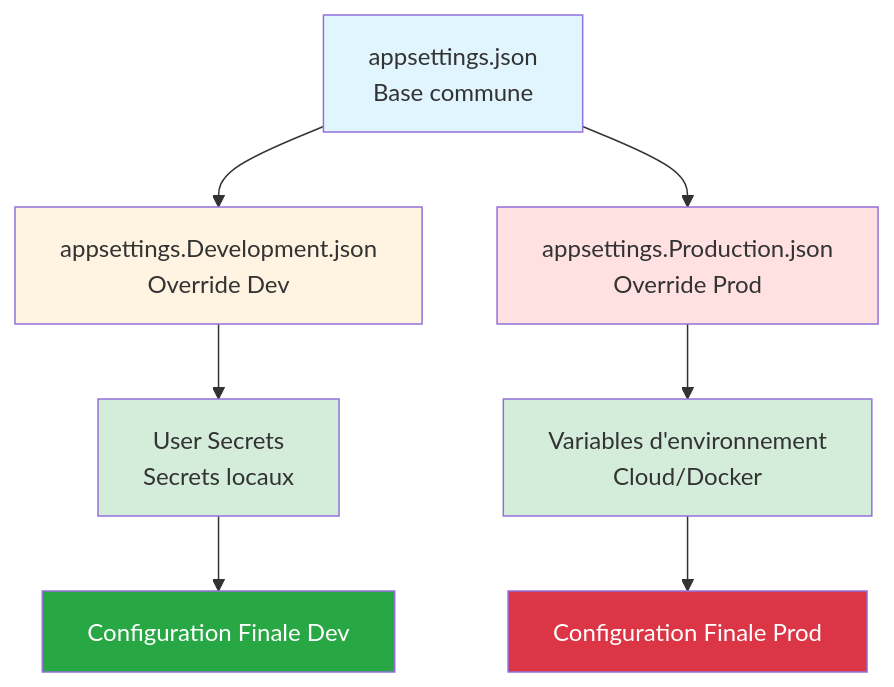
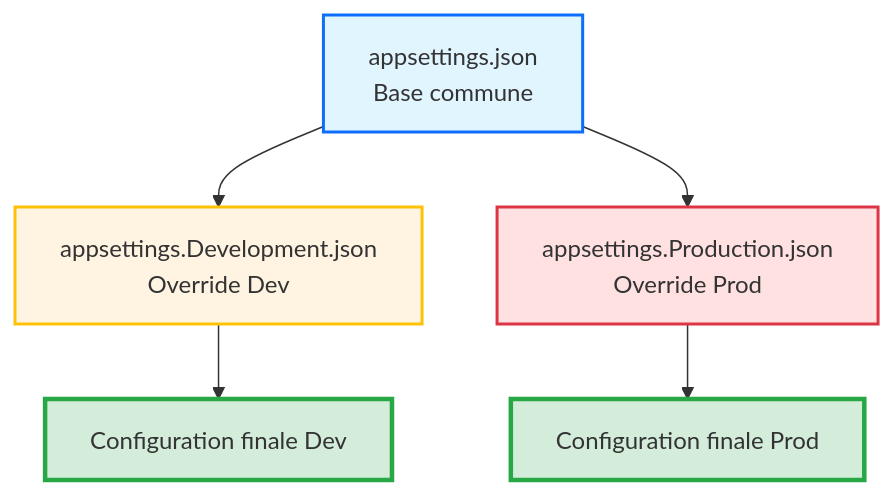
One commit to mounirelouali/net-mod-legacy-formation changed the diagram in 03_Support_Quotidien/Jour_3_Securite.md. Above: the diagram before and after it, drawn with Mermaid. The commit also changed other lines of this file, not shown here.

Commit message:
feat(J3-S1): Ajoute Session 1 Jour 3 - Externalisation Configuration IOptions

````diff
--- a/03_Support_Quotidien/Jour_3_Securite.md
+++ b/03_Support_Quotidien/Jour_3_Securite.md
@@ -132,17 +148,13 @@
 ```mermaid
 graph TD
     A[appsettings.json<br/>Base commune] --> B[appsettings.Development.json<br/>Override Dev]
     A --> C[appsettings.Production.json<br/>Override Prod]
-    B --> D[User Secrets<br/>Secrets locaux]
-    C --> E[Variables d'environnement<br/>Cloud/Docker]
-    D --> F[Configuration Finale Dev]
-    E --> G[Configuration Finale Prod]
+    B --> D[Configuration finale Dev]
+    C --> E[Configuration finale Prod]
     
-    style A fill:#e1f5ff
-    style B fill:#fff4e1
-    style C fill:#ffe1e1
-    style D fill:#d4edda
-    style E fill:#d4edda
-    style F fill:#28a745,color:#fff
-    style G fill:#dc3545,color:#fff
+    style A fill:#e1f5ff,stroke:#0d6efd,stroke-width:2px
+    style B fill:#fff4e1,stroke:#ffc107,stroke-width:2px
+    style C fill:#ffe1e1,stroke:#dc3545,stroke-width:2px
+    style D fill:#d4edda,stroke:#28a745,stroke-width:3px
+    style E fill:#d4edda,stroke:#28a745,stroke-width:3px
 ```
````
